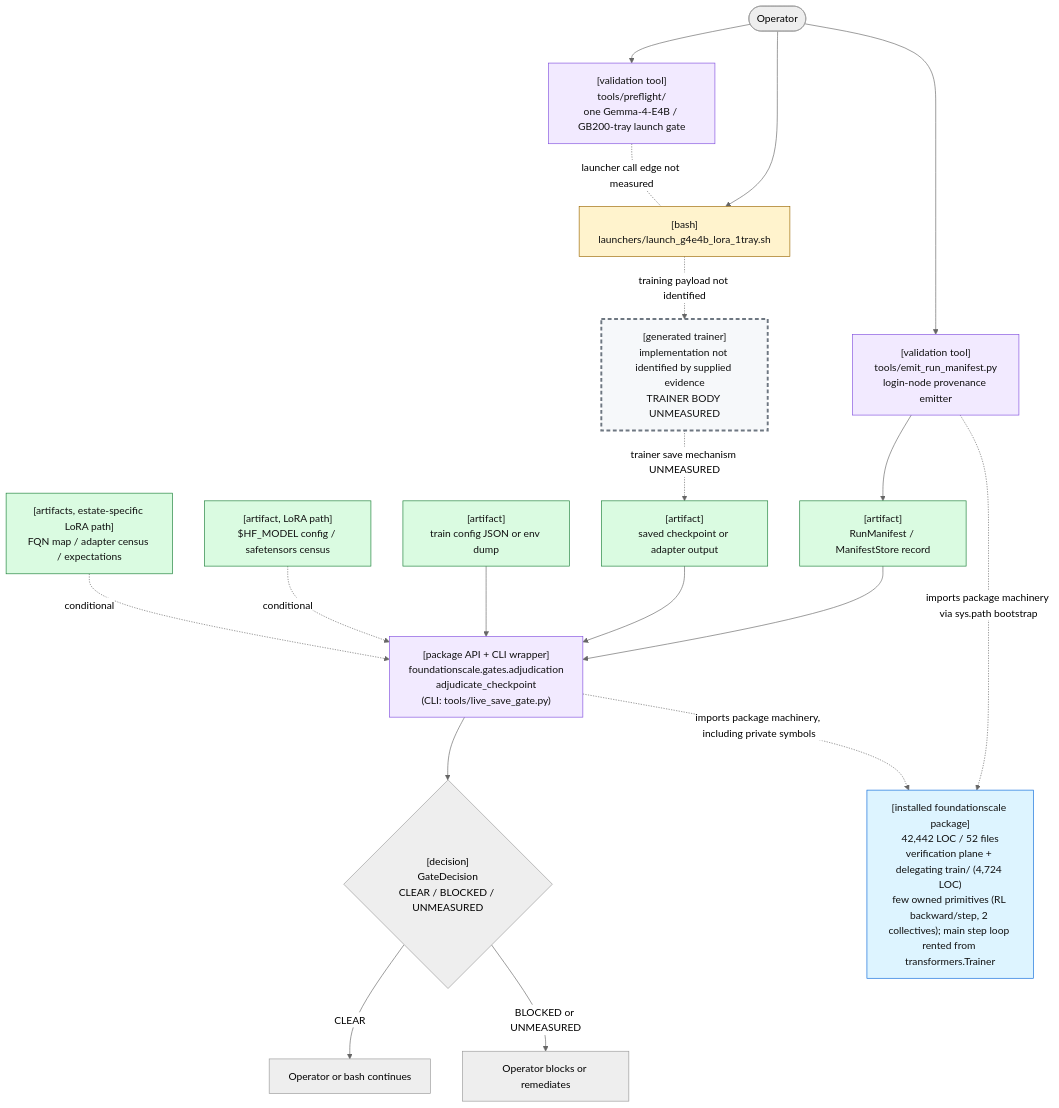
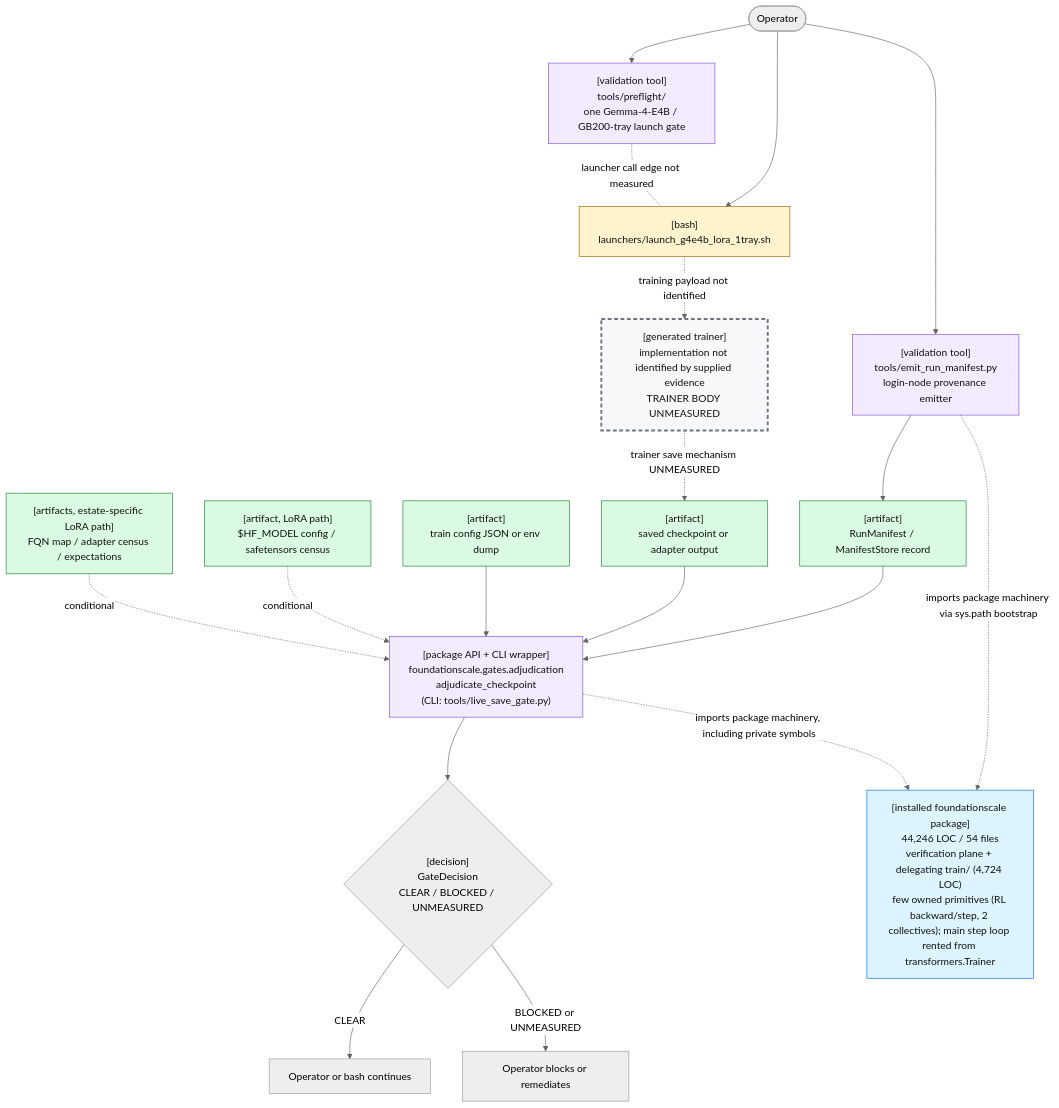
The first of 2 diagrams in docs/review/D2_current_architecture.md (TranNhiem/FoundationScale), drawn with Mermaid (neutral theme) before and after one commit. The commit also changed other lines of this file and 34 other files, not shown here.

````diff
--- a/docs/review/D2_current_architecture.md
+++ b/docs/review/D2_current_architecture.md
@@ -25,59 +25,59 @@
 ```mermaid
 flowchart TB
   O(["Operator"])
 
   PF["[validation tool]<br/>tools/preflight/<br/>one Gemma-4-E4B / GB200-tray launch gate"]
   L["[bash]<br/>launchers/launch_g4e4b_lora_1tray.sh"]
 
   E["[validation tool]<br/>tools/emit_run_manifest.py<br/>login-node provenance emitter"]
   M["[artifact]<br/>RunManifest / ManifestStore record"]
 
   T["[generated trainer]<br/>implementation not identified by supplied evidence<br/>TRAINER BODY UNMEASURED"]
   C["[artifact]<br/>saved checkpoint or adapter output"]
 
   G["[package API + CLI wrapper]<br/>foundationscale.gates.adjudication<br/>adjudicate_checkpoint<br/>(CLI: tools/live_save_gate.py)"]
   CFG["[artifact]<br/>train config JSON or env dump"]
   BASE["[artifact, LoRA path]<br/>$HF_MODEL config / safetensors census"]
   CEN["[artifacts, estate-specific LoRA path]<br/>FQN map / adapter census / expectations"]
 
   D{"[decision]<br/>GateDecision<br/>CLEAR / BLOCKED / UNMEASURED"}
   OK["Operator or bash continues"]
   NO["Operator blocks or remediates"]
 
-  PKG["[installed foundationscale package]<br/>42,442 LOC / 52 files<br/>verification plane + delegating train/ (4,724 LOC)<br/>few owned primitives (RL backward/step, 2 collectives); main step loop rented from transformers.Trainer"]
+  PKG["[installed foundationscale package]<br/>44,246 LOC / 54 files<br/>verification plane + delegating train/ (4,724 LOC)<br/>few owned primitives (RL backward/step, 2 collectives); main step loop rented from transformers.Trainer"]
 
   O --> PF
   O --> L
   PF -. "launcher call edge not measured" .- L
 
   O --> E
   E --> M
 
   L -. "training payload not identified" .-> T
   T -. "trainer save mechanism UNMEASURED" .-> C
 
   M --> G
   C --> G
   CFG --> G
   BASE -. "conditional" .-> G
   CEN -. "conditional" .-> G
 
   E -. "imports package machinery via sys.path bootstrap" .-> PKG
   G -. "imports package machinery, including private symbols" .-> PKG
 
   G --> D
   D -->|"CLEAR"| OK
   D -->|"BLOCKED or UNMEASURED"| NO
 
   classDef bash fill:#fff3cd,stroke:#9a6700,color:#111;
   classDef tool fill:#f2eaff,stroke:#8250df,color:#111;
   classDef artifact fill:#dafbe1,stroke:#1a7f37,color:#111;
   classDef gap fill:#f6f8fa,stroke:#6e7781,stroke-width:3px,stroke-dasharray: 6 4,color:#111;
   classDef pkg fill:#ddf4ff,stroke:#0969da,color:#111;
 
   class L bash;
   class PF,E,G tool;
   class M,C,CFG,BASE,CEN artifact;
   class T gap;
   class PKG pkg;
 ```
````
